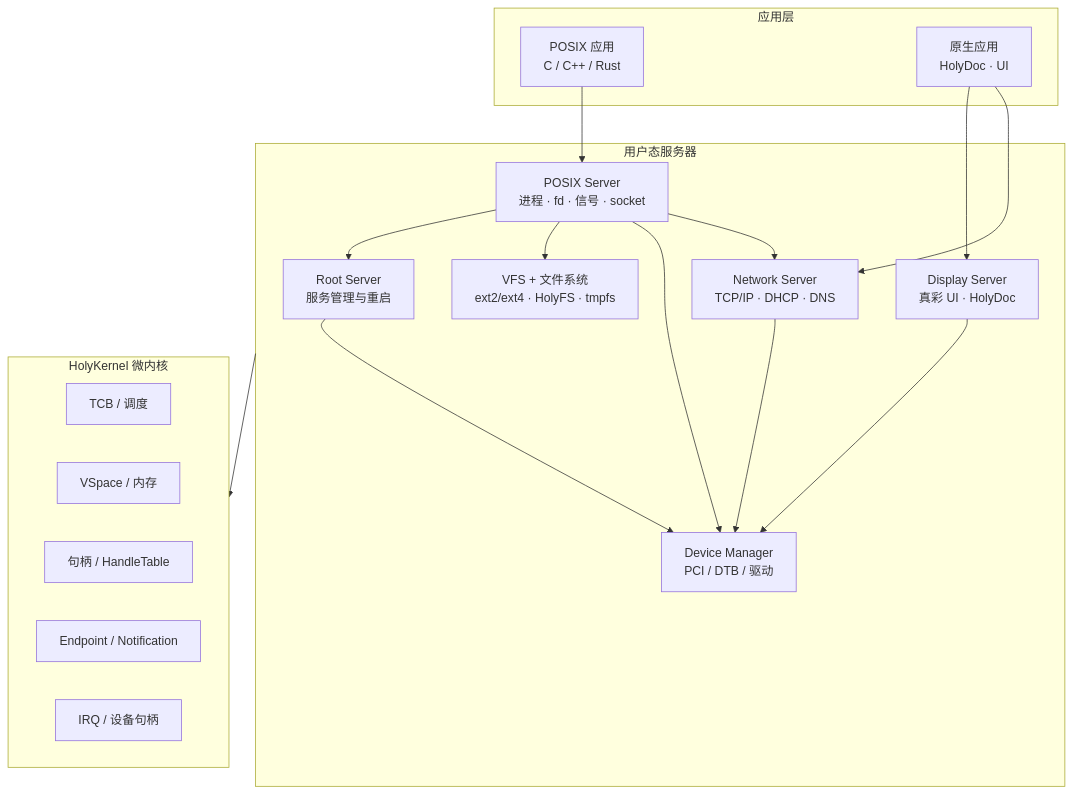
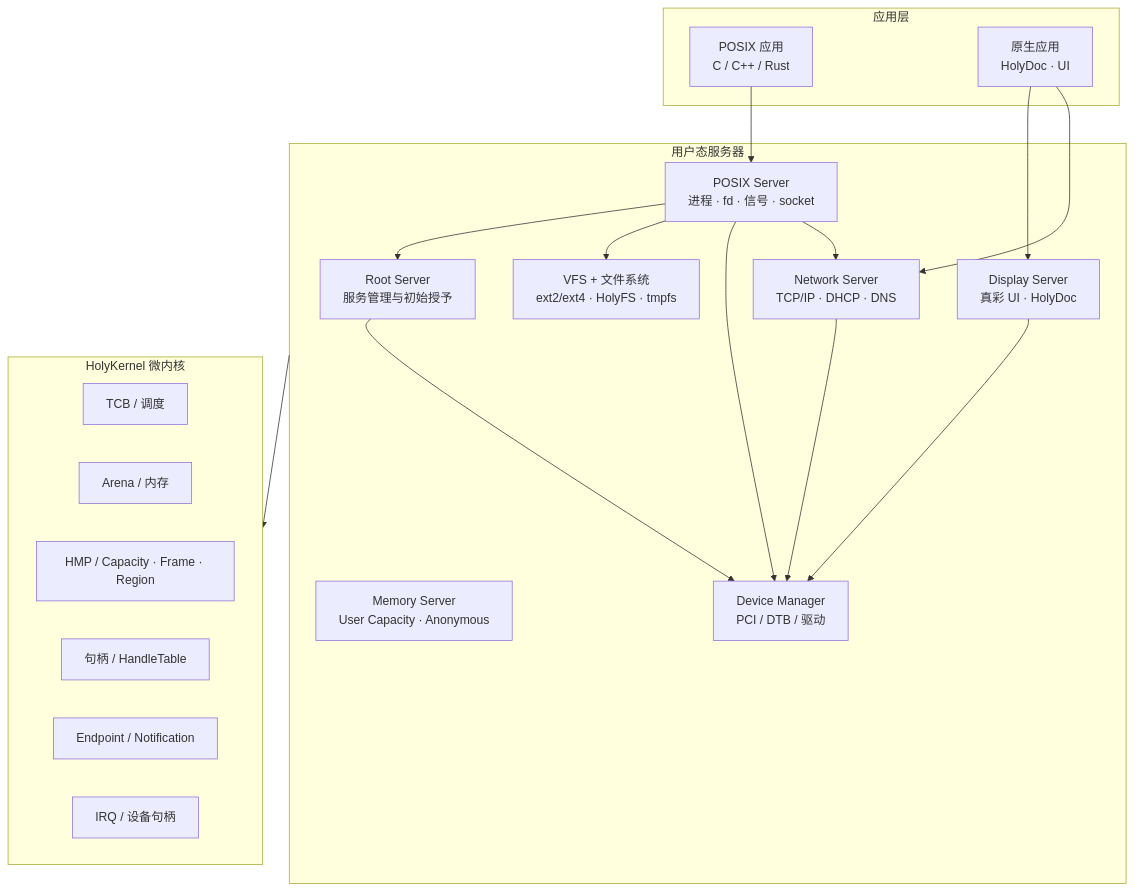
The diagram in README.md (hongweifei/HolyKernel), drawn with Mermaid before and after one commit. The commit also changed other lines of this file and 35 other files, not shown here.

````diff
--- a/README.md
+++ b/README.md
@@ -17,33 +17,35 @@
 ```mermaid
 flowchart TB
     subgraph Apps["应用层"]
         PosixApps["POSIX 应用<br/>C / C++ / Rust"]
         NativeApps["原生应用<br/>HolyDoc · UI"]
     end
     subgraph Servers["用户态服务器"]
-        Root["Root Server<br/>服务管理与重启"]
+        Root["Root Server<br/>服务管理与初始授予"]
+        Mem["Memory Server<br/>User Capacity · Anonymous"]
         Device["Device Manager<br/>PCI / DTB / 驱动"]
         FS["VFS + 文件系统<br/>ext2/ext4 · HolyFS · tmpfs"]
         POSIX["POSIX Server<br/>进程 · fd · 信号 · socket"]
         Net["Network Server<br/>TCP/IP · DHCP · DNS"]
         Display["Display Server<br/>真彩 UI · HolyDoc"]
     end
     subgraph Kernel["HolyKernel 微内核"]
         TCB["TCB / 调度"]
-        VSpace["VSpace / 内存"]
+        Arena["Arena / 内存"]
+        HMP["HMP / Capacity · Frame · Region"]
         Handle["句柄 / HandleTable"]
         IPC["Endpoint / Notification"]
         IRQ["IRQ / 设备句柄"]
     end
     PosixApps --> POSIX
     NativeApps --> Display
     POSIX --> Root
     POSIX --> FS
     POSIX --> Device
     POSIX --> Net
     NativeApps --> Net
     Net --> Device
     Display --> Device
     Root --> Device
     Servers --> Kernel
 ```
````
